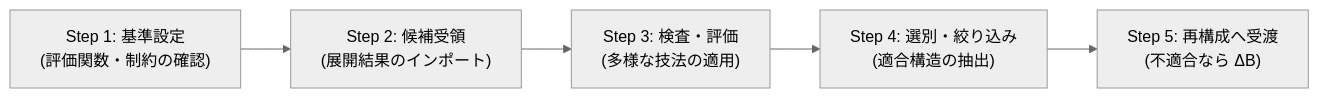
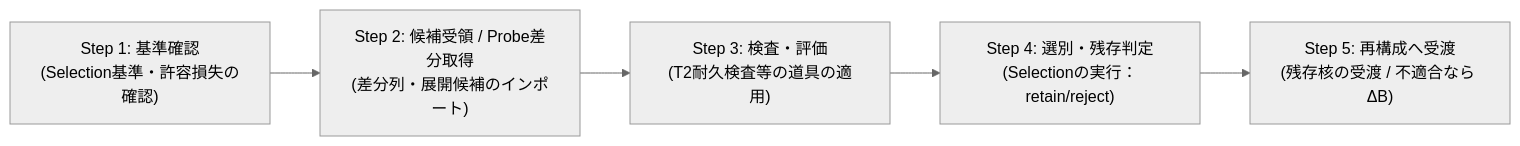
Before and after one commit to Aporapeiron/RDL_Core: the diagram in 01_T1_SILN操作層/T1_検査と選別.md, drawn with Mermaid (neutral theme). The commit also changed other lines of this file and 5 other files, not shown here.

````diff
--- a/01_T1_SILN操作層/T1_検査と選別.md
+++ b/01_T1_SILN操作層/T1_検査と選別.md
@@ -27,8 +19,8 @@
 ```mermaid
 graph LR
-    C["Step 1: 基準設定<br/>(評価関数・制約の確認)"] 
-    --> I["Step 2: 候補受領<br/>(展開結果のインポート)"] 
-    --> E["Step 3: 検査・評価<br/>(多様な技法の適用)"] 
-    --> S["Step 4: 選別・絞り込み<br/>(適合構造の抽出)"] 
-    --> P["Step 5: 再構成へ受渡<br/>(不適合なら ΔB)"]
+    C["Step 1: 基準確認<br/>(Selection基準・許容損失の確認)"] 
+    --> I["Step 2: 候補受領 / Probe差分取得<br/>(差分列・展開候補のインポート)"] 
+    --> E["Step 3: 検査・評価<br/>(T2耐久検査等の道具の適用)"] 
+    --> S["Step 4: 選別・残存判定<br/>(Selectionの実行：retain/reject)"] 
+    --> P["Step 5: 再構成へ受渡<br/>(残存核の受渡 / 不適合なら ΔB)"]
 ```
````
